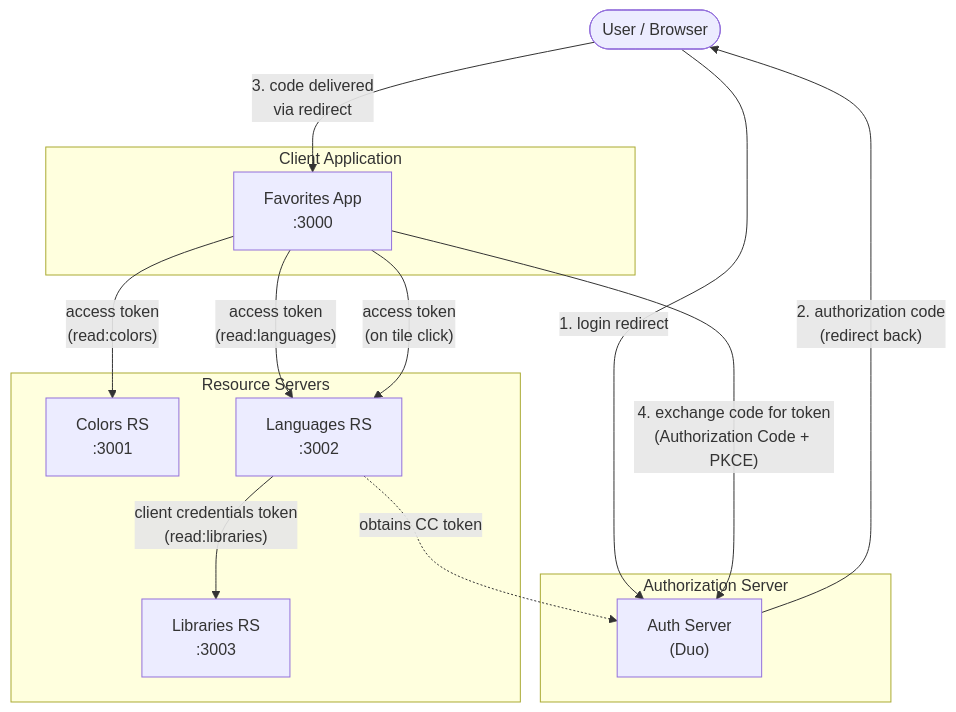
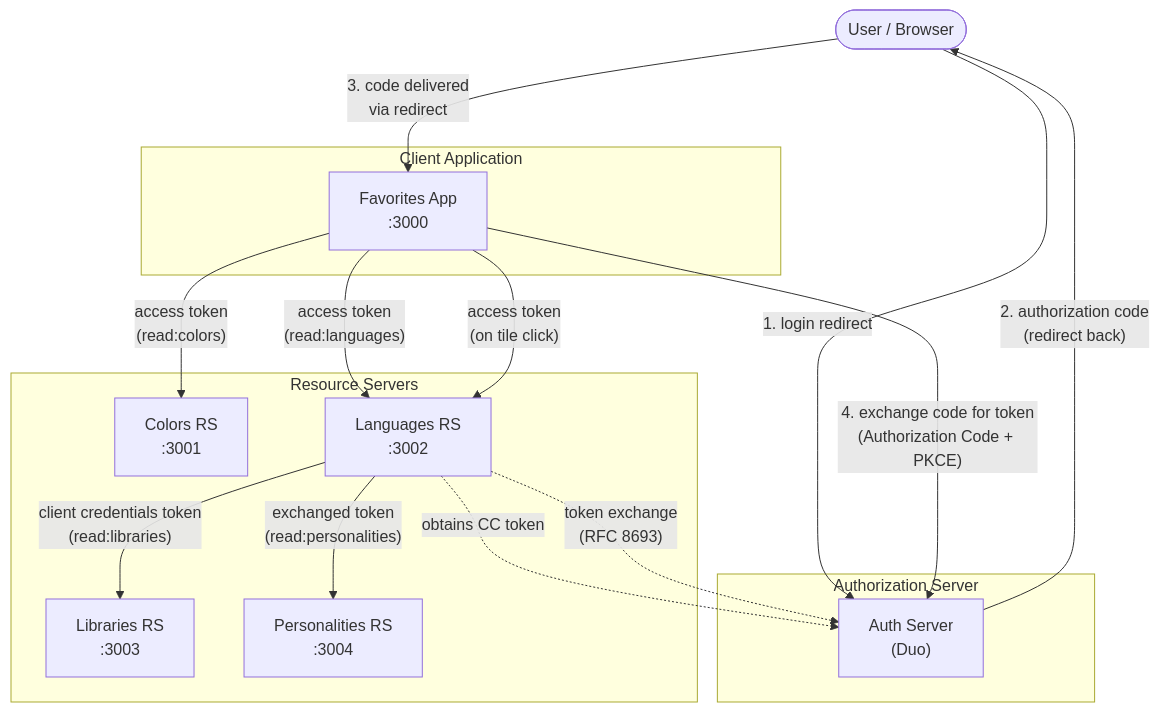
Before and after one commit to mkrauskopf/martinovo-auth: the diagram in oauth/README.md, drawn with Mermaid. The commit also changed other lines of this file, not shown here.

Commit message:
Update README.md with the Personalities RS

````diff
--- a/oauth/README.md
+++ b/oauth/README.md
@@ -35,30 +38,34 @@
 ```mermaid
 graph TB
     User([User / Browser])
 
     subgraph "Client Application"
         FA["Favorites App<br/>:3000"]
     end
 
     subgraph "Authorization Server"
         AS["Auth Server<br/>(Duo)"]
     end
 
     subgraph "Resource Servers"
         CR["Colors RS<br/>:3001"]
         LR["Languages RS<br/>:3002"]
         BR["Libraries RS<br/>:3003"]
+        PR["Personalities RS<br/>:3004"]
     end
 
     User -- "1. login redirect" --> AS
     AS -- "2. authorization code<br/>(redirect back)" --> User
     User -- "3. code delivered<br/>via redirect" --> FA
     FA -- "4. exchange code for token<br/>(Authorization Code + PKCE)" --> AS
 
     FA -- "access token<br/>(read:colors)" --> CR
     FA -- "access token<br/>(read:languages)" --> LR
     FA -- "access token<br/>(on tile click)" --> LR
 
     LR -- "client credentials token<br/>(read:libraries)" --> BR
     LR -. "obtains CC token" .-> AS
+
+    LR -- "exchanged token<br/>(read:personalities)" --> PR
+    LR -. "token exchange<br/>(RFC 8693)" .-> AS
 ```
````
